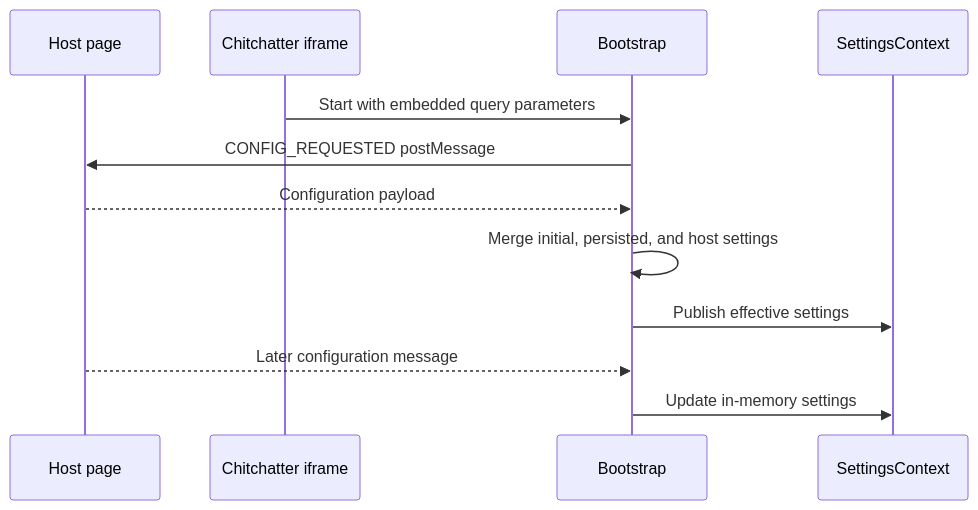
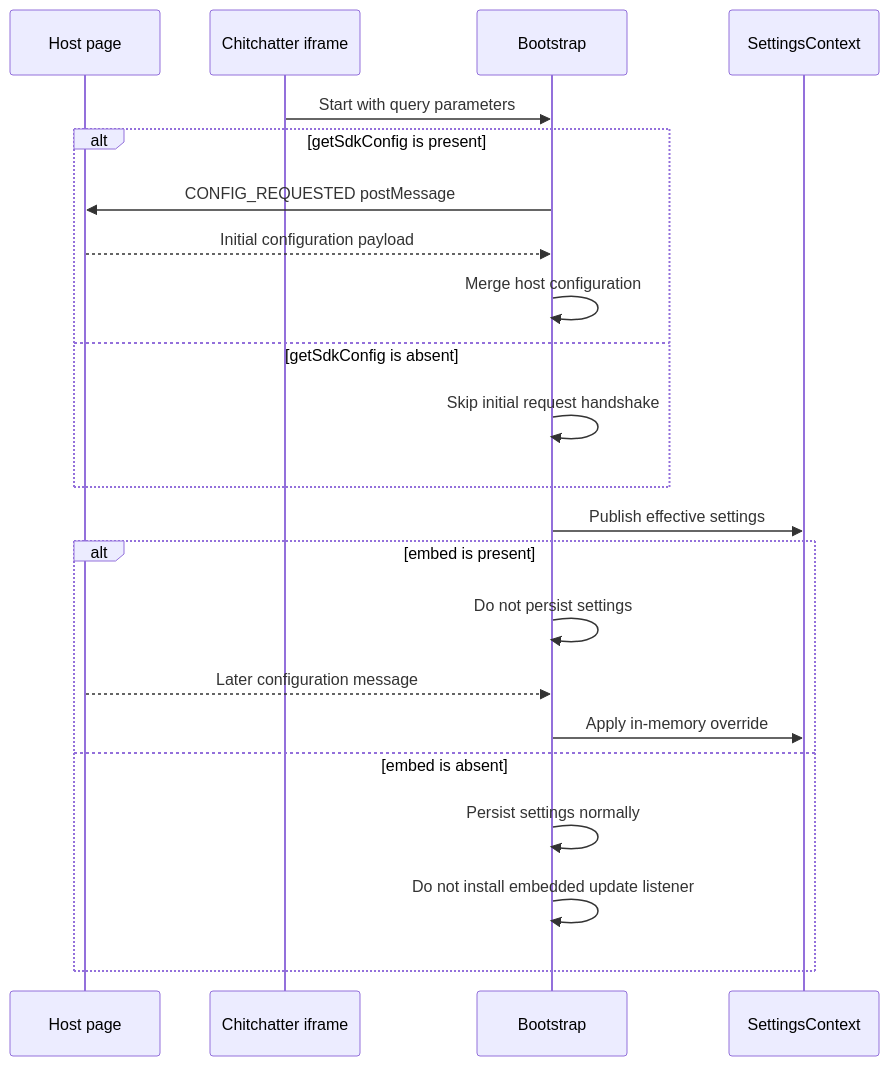
One commit to drunkod/chitchatter changed the ninth of 9 diagrams in docs/architecture/codebase-runtime.md. Above: the diagram before and after it, drawn with Mermaid. The commit also changed other lines of this file and 1 other file, not shown here.

Commit message:
Refine architecture docs for media and links

````diff
--- a/docs/architecture/codebase-runtime.md
+++ b/docs/architecture/codebase-runtime.md
@@ -222,15 +242,25 @@
 ```mermaid
 sequenceDiagram
     participant Host as Host page
     participant Frame as Chitchatter iframe
     participant Bootstrap
     participant Settings as SettingsContext
 
-    Frame->>Bootstrap: Start with embedded query parameters
-    Bootstrap->>Host: CONFIG_REQUESTED postMessage
-    Host-->>Bootstrap: Configuration payload
-    Bootstrap->>Bootstrap: Merge initial, persisted, and host settings
+    Frame->>Bootstrap: Start with query parameters
+    alt getSdkConfig is present
+        Bootstrap->>Host: CONFIG_REQUESTED postMessage
+        Host-->>Bootstrap: Initial configuration payload
+        Bootstrap->>Bootstrap: Merge host configuration
+    else getSdkConfig is absent
+        Bootstrap->>Bootstrap: Skip initial request handshake
+    end
     Bootstrap->>Settings: Publish effective settings
-    Host-->>Bootstrap: Later configuration message
-    Bootstrap->>Settings: Update in-memory settings
+    alt embed is present
+        Bootstrap->>Bootstrap: Do not persist settings
+        Host-->>Bootstrap: Later configuration message
+        Bootstrap->>Settings: Apply in-memory override
+    else embed is absent
+        Bootstrap->>Bootstrap: Persist settings normally
+        Bootstrap->>Bootstrap: Do not install embedded update listener
+    end
 ```
````
